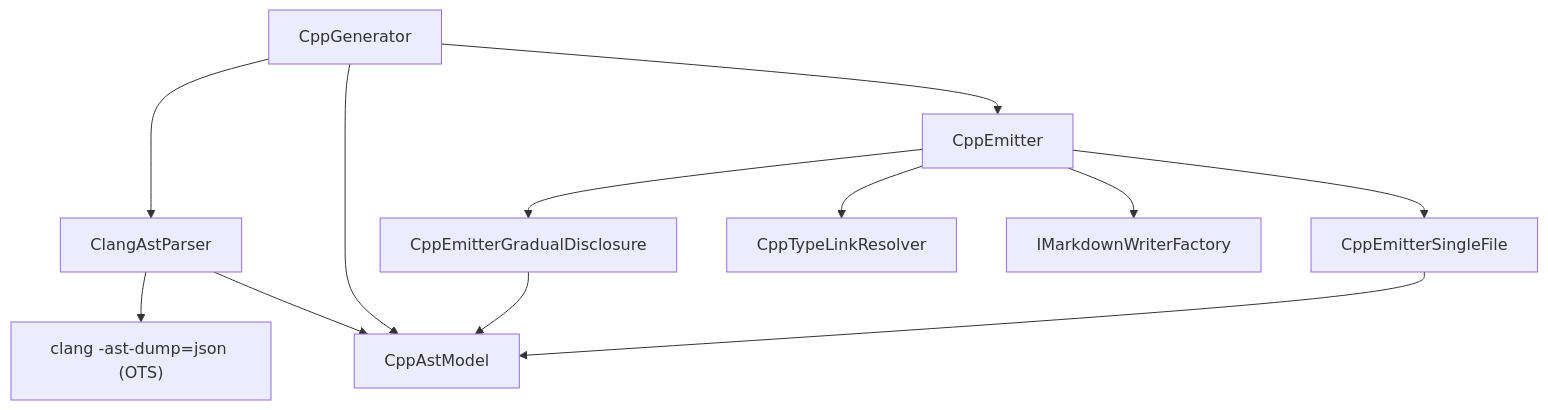
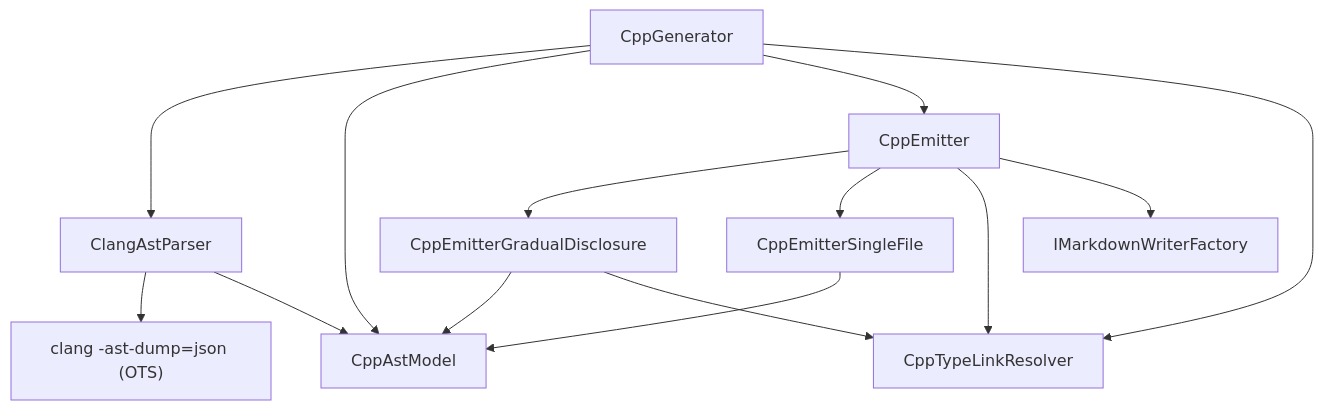
One commit to demaconsulting/ApiMark changed the diagram in docs/design/api-mark-cpp.md. Above: the diagram before and after it, drawn with Mermaid. The commit also changed other lines of this file and 20 other files, not shown here.

````diff
--- a/docs/design/api-mark-cpp.md
+++ b/docs/design/api-mark-cpp.md
@@ -25,14 +25,16 @@
 ```mermaid
 flowchart TD
     CppGenerator --> ClangAstParser
     ClangAstParser --> clang["clang -ast-dump=json (OTS)"]
     ClangAstParser --> CppAstModel
     CppGenerator --> CppAstModel
     CppGenerator --> CppEmitter
     CppEmitter --> CppEmitterGradualDisclosure
     CppEmitter --> CppEmitterSingleFile
     CppEmitter --> CppTypeLinkResolver
     CppEmitter --> IMarkdownWriterFactory
+    CppGenerator --> CppTypeLinkResolver
     CppEmitterGradualDisclosure --> CppAstModel
     CppEmitterSingleFile --> CppAstModel
+    CppEmitterGradualDisclosure --> CppTypeLinkResolver
 ```
````
